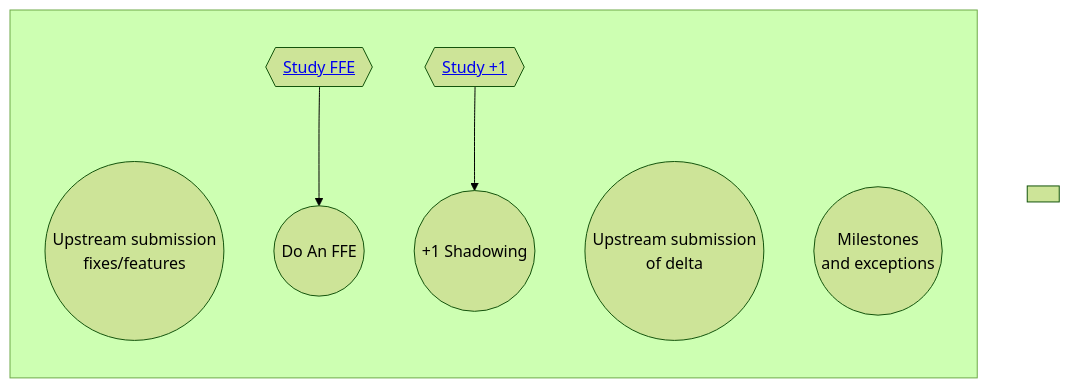
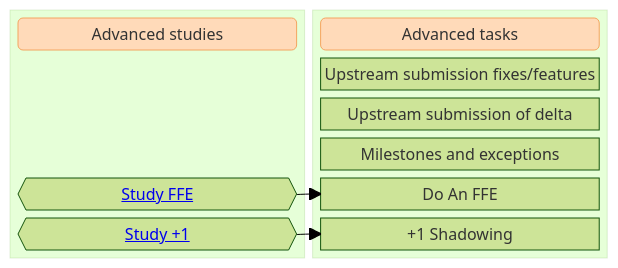
The third of 5 diagrams in docs/who-makes-ubuntu/joining/path-to-upload-rights.md (vhaudiquet/ubuntu-project-docs), drawn with Mermaid (forest theme) before and after one commit. The commit also changed other lines of this file, not shown here.

Commit message:
fix rendering issues in diagram

````diff
--- a/docs/who-makes-ubuntu/joining/path-to-upload-rights.md
+++ b/docs/who-makes-ubuntu/joining/path-to-upload-rights.md
@@ -79,25 +96,36 @@
 ```{mermaid}
-%% mermaid flowcharts documentation: https://mermaid.js.org/syntax/flowchart.html
-%%{ init: { 'flowchart': { 'curve': 'catmullRom' } } }%%
-flowchart TD
-    subgraph AdvancedStudies[" "]
-        direction TB
-        
+block-beta
+    columns 2
+
+    block
+        AdvancedStudies("Advanced studies")
+        columns 1
+
+        BlockA(" ")
+        BlockB(" ")
+        BlockC(" ")
+
+        StudyFFE{{"<a href=https://canonical-ubuntu-project.readthedocs-hosted.com/staging/release-team/freeze-exceptions/>Study FFE</a>"}}
+        PlusOne{{"<a href=https://canonical-ubuntu-project.readthedocs-hosted.com/contributors/advanced/plus-one-maintenance/>Study +1</a>"}}
     end
 
-    subgraph AdvancedTasks[" "]
-        direction TB
-        %% States
-        UpstreamSubmissionFixes(("Upstream submission<br>fixes/features"))
-        UpstreamSubmissionDelta(("Upstream submission<br>of delta"))
-        MilestonesAndExceptions(("Milestones<br>and exceptions"))
-        StudyFFE{{"<a href=https://wiki.ubuntu.com/FreezeExceptionProcess>Study FFE</a>"}}
-        DoAnFFE(("Do An FFE"))
-        PlusOne{{"<a href=https://wiki.ubuntu.com/PlusOneMaintenanceTeam>Study +1</a>"}}
-        PlusOneShadowing(("+1 Shadowing"))
+    block
+        AdvancedTasks("Advanced tasks")
+        columns 1
+        UpstreamSubmissionFixes["Upstream submission fixes/features"]
+        UpstreamSubmissionDelta["Upstream submission of delta"]
+        MilestonesAndExceptions["Milestones and exceptions"]
+        DoAnFFE["Do An FFE"]
+        PlusOneShadowing["+1 Shadowing"]
+    end
 
-        %% Transitions
-        StudyFFE-->DoAnFFE
-        PlusOne-->PlusOneShadowing
-    end
+    StudyFFE-->DoAnFFE
+    PlusOne-->PlusOneShadowing
+
+    style AdvancedStudies fill: #FFDAB9, stroke:#F4A460;
+    style AdvancedTasks fill:#FFDAB9, stroke:#F4A460;
+    style BlockA fill:transparent,stroke:transparent;
+    style BlockB fill:transparent,stroke:transparent;
+    style BlockC fill:transparent,stroke:transparent;
+
 ```
````
